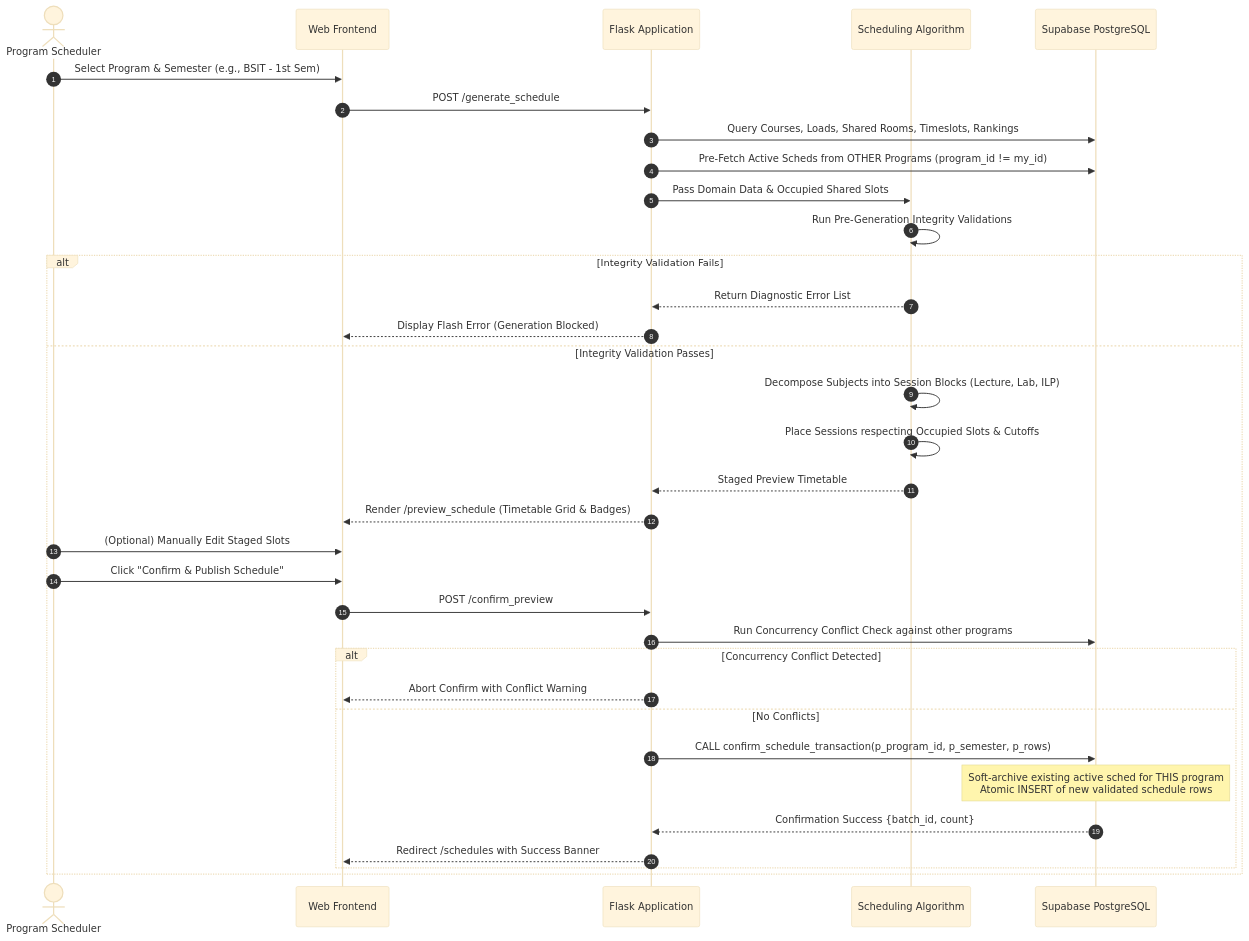
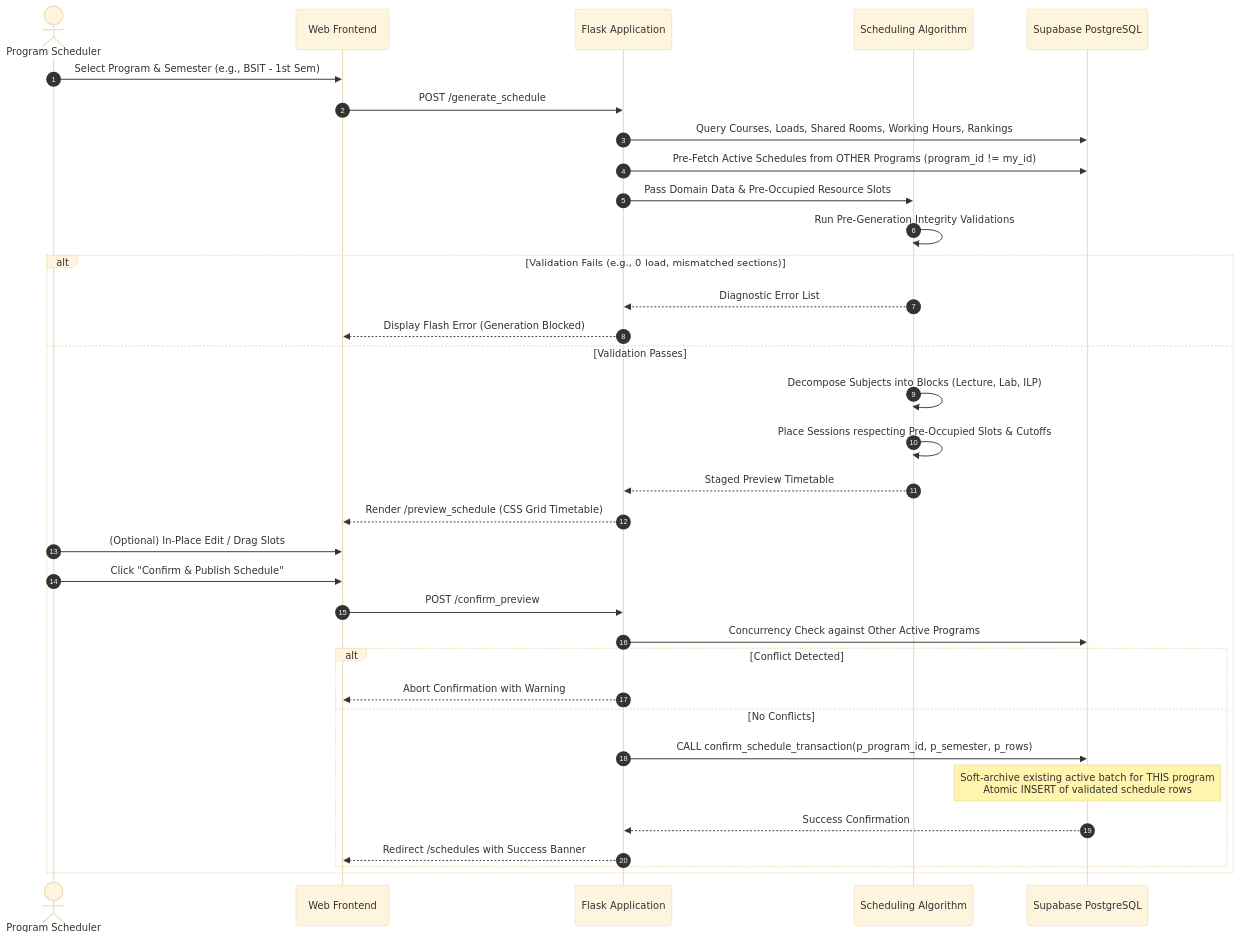
One commit to YANAMI03/ClassScheduling changed the fourth of 5 diagrams in PRD.md. Above: the diagram before and after it, drawn with Mermaid (base theme). The commit also changed other lines of this file and 39 other files, not shown here.

````diff
--- a/PRD.md
+++ b/PRD.md
@@ -407,37 +481,37 @@
 ```mermaid
 sequenceDiagram
     autonumber
     actor S as Program Scheduler
     participant UI as Web Frontend
     participant App as Flask Application
     participant Engine as Scheduling Algorithm
     participant DB as Supabase PostgreSQL
 
     S->>UI: Select Program & Semester (e.g., BSIT - 1st Sem)
     UI->>App: POST /generate_schedule
-    App->>DB: Query Courses, Loads, Shared Rooms, Timeslots, Rankings
-    App->>DB: Pre-Fetch Active Scheds from OTHER Programs (program_id != my_id)
-    App->>Engine: Pass Domain Data & Occupied Shared Slots
+    App->>DB: Query Courses, Loads, Shared Rooms, Working Hours, Rankings
+    App->>DB: Pre-Fetch Active Schedules from OTHER Programs (program_id != my_id)
+    App->>Engine: Pass Domain Data & Pre-Occupied Resource Slots
     Engine->>Engine: Run Pre-Generation Integrity Validations
-    alt Integrity Validation Fails
-        Engine-->>App: Return Diagnostic Error List
+    alt Validation Fails (e.g., 0-load, mismatched sections)
+        Engine-->>App: Diagnostic Error List
         App-->>UI: Display Flash Error (Generation Blocked)
-    else Integrity Validation Passes
-        Engine->>Engine: Decompose Subjects into Session Blocks (Lecture, Lab, ILP)
-        Engine->>Engine: Place Sessions respecting Occupied Slots & Cutoffs
+    else Validation Passes
+        Engine->>Engine: Decompose Subjects into Blocks (Lecture, Lab, ILP)
+        Engine->>Engine: Place Sessions respecting Pre-Occupied Slots & Cutoffs
         Engine-->>App: Staged Preview Timetable
-        App-->>UI: Render /preview_schedule (Timetable Grid & Badges)
-        S->>UI: (Optional) Manually Edit Staged Slots
+        App-->>UI: Render /preview_schedule (CSS Grid Timetable)
+        S->>UI: (Optional) In-Place Edit / Drag Slots
         S->>UI: Click "Confirm & Publish Schedule"
         UI->>App: POST /confirm_preview
-        App->>DB: Run Concurrency Conflict Check against other programs
-        alt Concurrency Conflict Detected
-            App-->>UI: Abort Confirm with Conflict Warning
+        App->>DB: Concurrency Check against Other Active Programs
+        alt Conflict Detected
+            App-->>UI: Abort Confirmation with Warning
         else No Conflicts
             App->>DB: CALL confirm_schedule_transaction(p_program_id, p_semester, p_rows)
-            Note over DB: Soft-archive existing active sched for THIS program<br/>Atomic INSERT of new validated schedule rows
-            DB-->>App: Confirmation Success {batch_id, count}
+            Note over DB: Soft-archive existing active batch for THIS program<br/>Atomic INSERT of validated schedule rows
+            DB-->>App: Success Confirmation
             App-->>UI: Redirect /schedules with Success Banner
         end
     end
 ```
````
